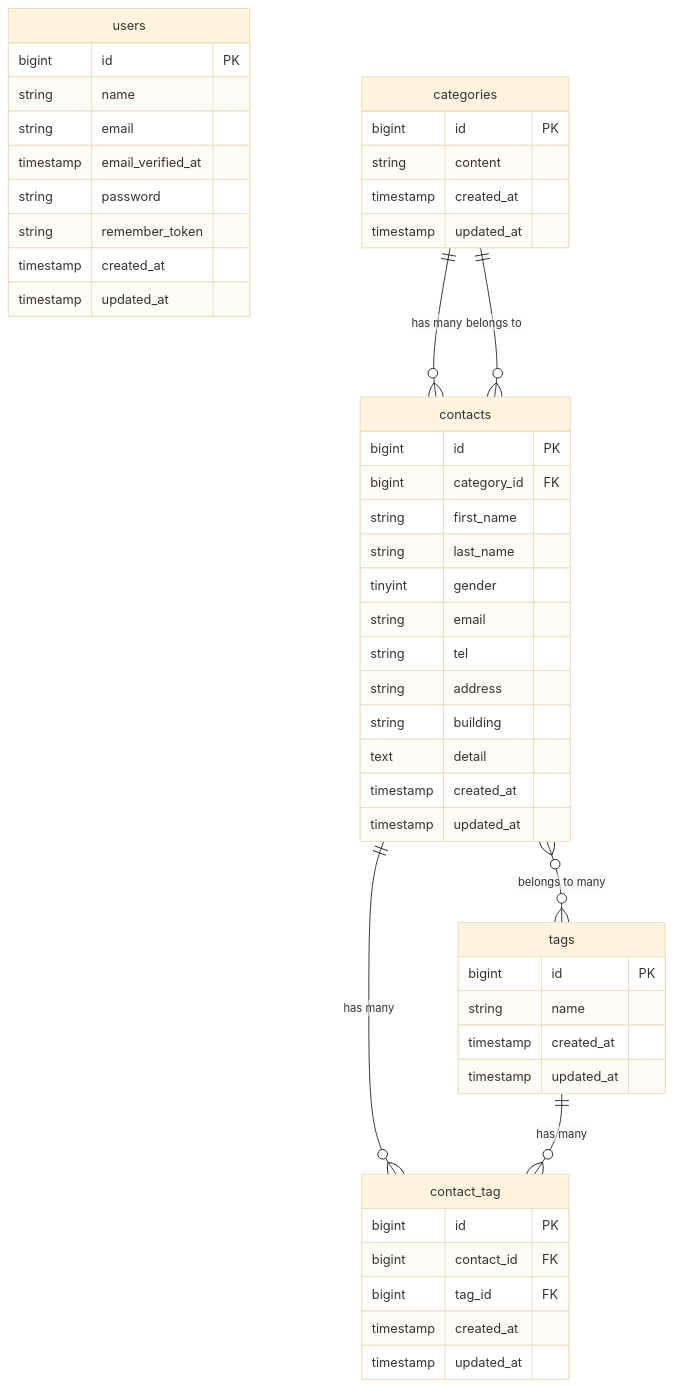
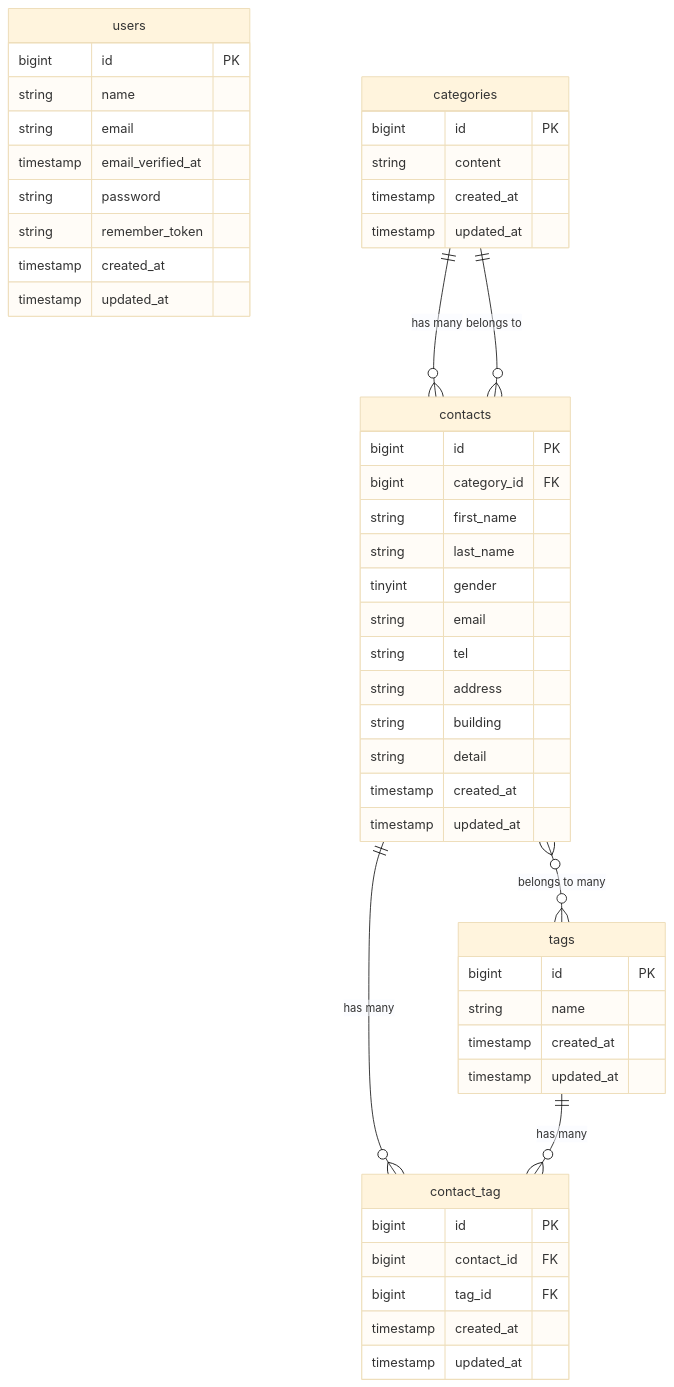
The diagram in README.md (taka-h8412/contact-form-app), drawn with Mermaid (base theme) before and after one commit. The commit also changed other lines of this file, not shown here.

Commit message:
docs: ER図をテーブル仕様に合わせて修正

````diff
--- a/README.md
+++ b/README.md
@@ -48,56 +48,56 @@
 ```mermaid
 erDiagram
     users {
         bigint id PK
         string name
         string email
         timestamp email_verified_at
         string password
         string remember_token
         timestamp created_at
         timestamp updated_at
     }
 
     categories {
         bigint id PK
         string content
         timestamp created_at
         timestamp updated_at
     }
 
     contacts {
         bigint id PK
         bigint category_id FK
         string first_name
         string last_name
         tinyint gender
         string email
         string tel
         string address
         string building
-        text detail
+        string detail
         timestamp created_at
         timestamp updated_at
     }
 
     tags {
         bigint id PK
         string name
         timestamp created_at
         timestamp updated_at
     }
 
     contact_tag {
         bigint id PK
         bigint contact_id FK
         bigint tag_id FK
         timestamp created_at
         timestamp updated_at
     }
 
     categories ||--o{ contacts : "has many"
     contacts }o--|| categories : "belongs to"
     contacts ||--o{ contact_tag : "has many"
     tags ||--o{ contact_tag : "has many"
     contacts }o--o{ tags : "belongs to many"
 ```
````
